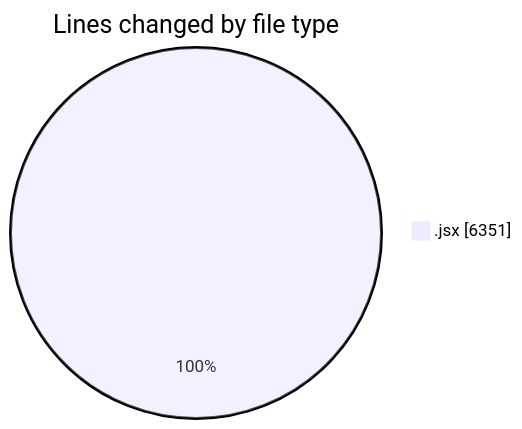
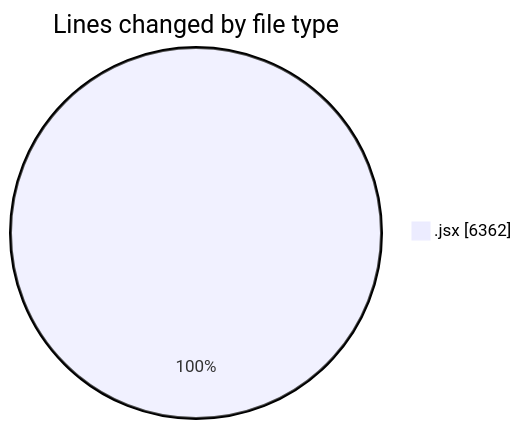
The first of 2 diagrams in 2025-09-09/nxtqube_webapp/README.md (nxtqubesakshisongat/code-tracking), drawn with Mermaid before and after one commit. The commit also changed other lines of this file and 1 other file, not shown here.

````diff
--- a/2025-09-09/nxtqube_webapp/README.md
+++ b/2025-09-09/nxtqube_webapp/README.md
@@ -22,5 +22,5 @@
 ```mermaid
 pie showData
 title Lines changed by file type
-".jsx" : 6351
+".jsx" : 6362
 ```
````
